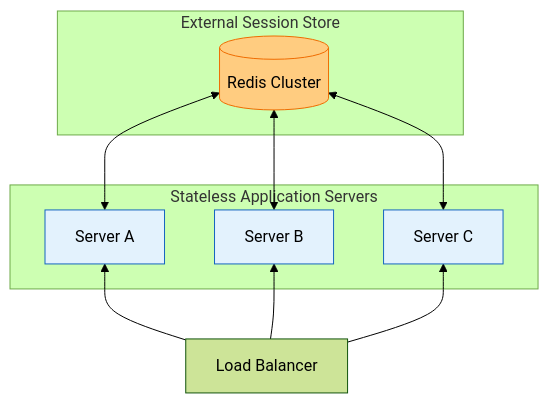
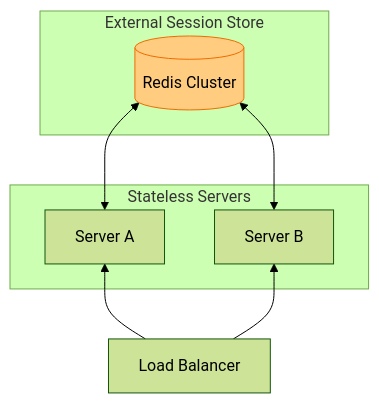
Before and after one commit to thseo4813/Study-Notes: the fourth of 4 diagrams in 04-system-design/api-gateway-patterns.md, drawn with Mermaid (forest theme). The commit also changed other lines of this file and 13 other files, not shown here.

````diff
--- a/04-system-design/api-gateway-patterns.md
+++ b/04-system-design/api-gateway-patterns.md
@@ -271,25 +136,19 @@
 ```mermaid
 graph BT
     subgraph Session_Store [External Session Store]
         Redis[("Redis Cluster")]
     end
 
-    subgraph App_Servers [Stateless Application Servers]
+    subgraph App_Servers [Stateless Servers]
         S1[Server A]
         S2[Server B]
-        S3[Server C]
     end
     
     LB[Load Balancer] --> S1
     LB --> S2
-    LB --> S3
     
     S1 <--> Redis
     S2 <--> Redis
-    S3 <--> Redis
 
     style Redis fill:#ffcc80,stroke:#ef6c00
-    style S1 fill:#e3f2fd,stroke:#1565c0
-    style S2 fill:#e3f2fd,stroke:#1565c0
-    style S3 fill:#e3f2fd,stroke:#1565c0
 ```
````
